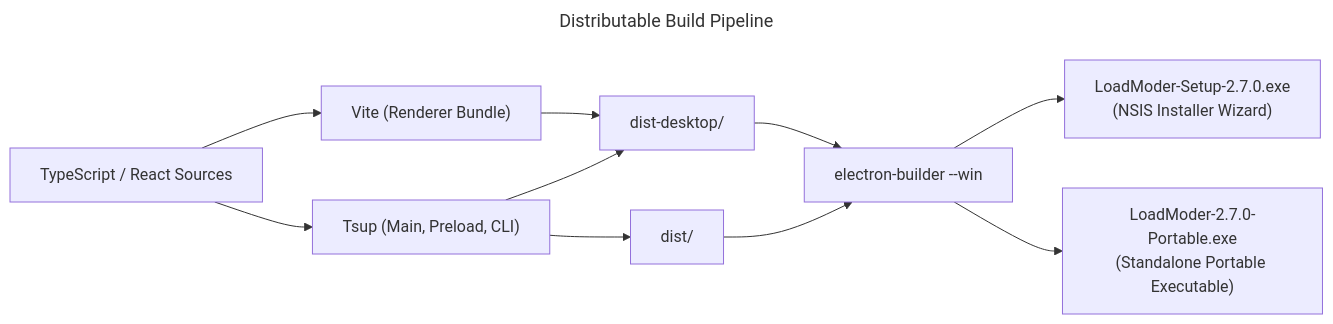
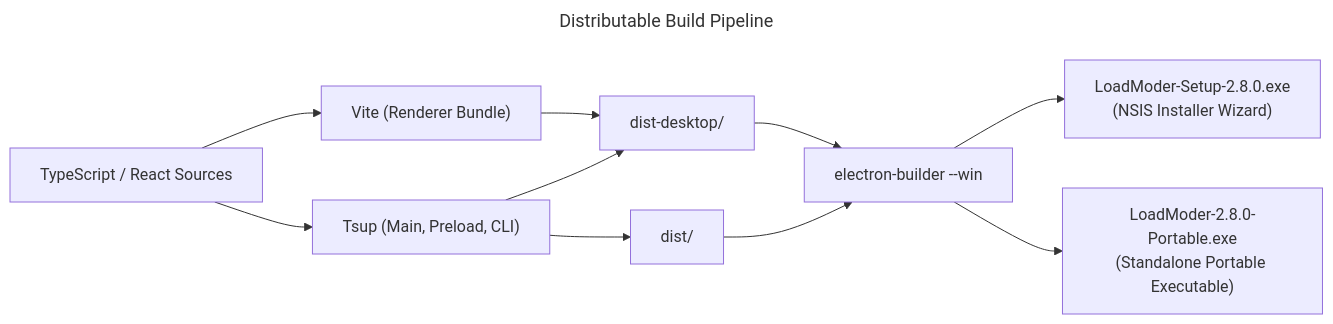
The fifth of 5 diagrams in docs/c4-architecture.md (2Hafast8/LoadModer), drawn with Mermaid before and after one commit. The commit also changed 43 other files, not shown here.

````diff
--- a/docs/c4-architecture.md
+++ b/docs/c4-architecture.md
@@ -192,17 +192,17 @@
 ```mermaid
 ---
 title: Distributable Build Pipeline
 ---
 flowchart LR
     SourceCode["TypeScript / React Sources"] --> Vite["Vite (Renderer Bundle)"]
     SourceCode --> Tsup["Tsup (Main, Preload, CLI)"]
     Vite --> DesktopDist["dist-desktop/"]
     Tsup --> DesktopDist
     Tsup --> CliDist["dist/"]
 
     DesktopDist --> Builder["electron-builder --win"]
     CliDist --> Builder
 
-    Builder --> NSIS["LoadModer-Setup-2.7.0.exe\n(NSIS Installer Wizard)"]
-    Builder --> Portable["LoadModer-2.7.0-Portable.exe\n(Standalone Portable Executable)"]
+    Builder --> NSIS["LoadModer-Setup-2.8.0.exe\n(NSIS Installer Wizard)"]
+    Builder --> Portable["LoadModer-2.8.0-Portable.exe\n(Standalone Portable Executable)"]
 ```
````
